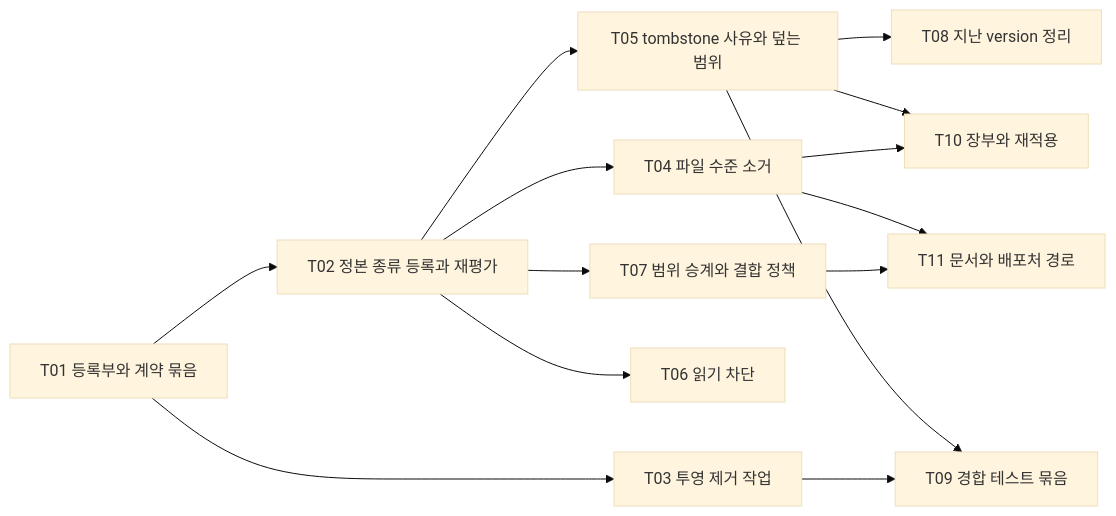
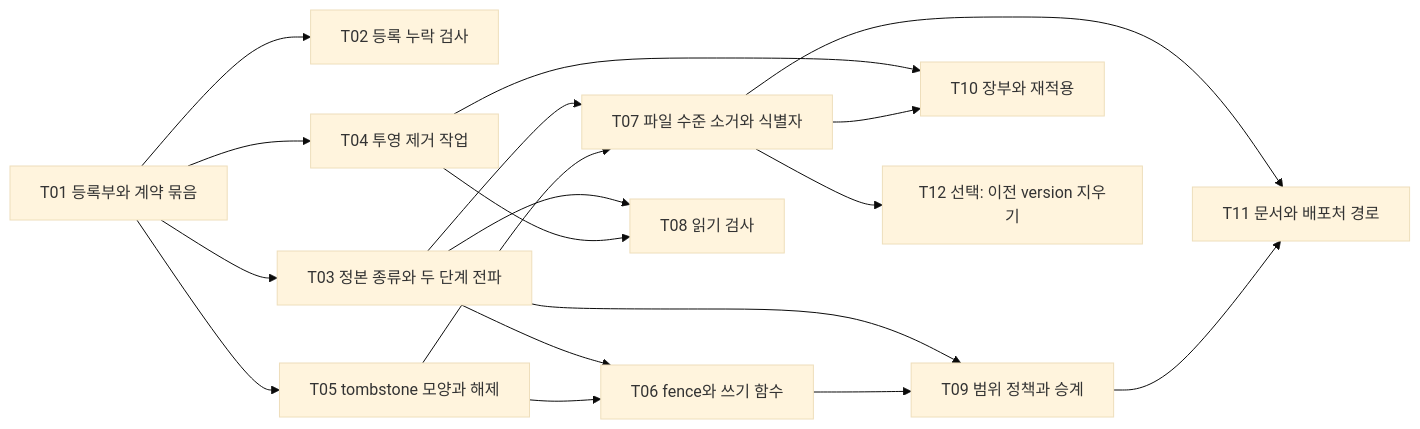
The third of 3 diagrams in docs/specs/2026-11-21-I04-invalidation.md (nohdol97/PKI), drawn with Mermaid (base theme) before and after one commit. The commit also changed other lines of this file, not shown here.

First line of the commit message:
docs(PKI): I04 spec 독립 검토 반영 — 두 단계 전파, fence, 식별자 소거, tombstone 모양

````diff
--- a/docs/specs/2026-11-21-I04-invalidation.md
+++ b/docs/specs/2026-11-21-I04-invalidation.md
@@ -281,16 +374,20 @@
 ```mermaid
 flowchart LR
-  T01["T01 등록부와 계약 묶음"] --> T02["T02 정본 종류 등록과 재평가"]
-  T01 --> T03["T03 투영 제거 작업"]
-  T02 --> T04["T04 파일 수준 소거"]
-  T02 --> T05["T05 tombstone 사유와 덮는 범위"]
-  T02 --> T06["T06 읽기 차단"]
-  T02 --> T07["T07 범위 승계와 결합 정책"]
-  T05 --> T08["T08 지난 version 정리"]
-  T03 --> T09["T09 경합 테스트 묶음"]
-  T05 --> T09
+  T01["T01 등록부와 계약 묶음"] --> T02["T02 등록 누락 검사"]
+  T01 --> T03["T03 정본 종류와 두 단계 전파"]
+  T01 --> T04["T04 투영 제거 작업"]
+  T01 --> T05["T05 tombstone 모양과 해제"]
+  T03 --> T06["T06 fence와 쓰기 함수"]
+  T05 --> T06
+  T03 --> T07["T07 파일 수준 소거와 식별자"]
+  T05 --> T07
+  T03 --> T08["T08 읽기 검사"]
+  T04 --> T08
+  T03 --> T09["T09 범위 정책과 승계"]
+  T06 --> T09
   T04 --> T10["T10 장부와 재적용"]
-  T05 --> T10
+  T07 --> T10
   T07 --> T11["T11 문서와 배포처 경로"]
-  T04 --> T11
+  T09 --> T11
+  T07 --> T12["T12 선택: 이전 version 지우기"]
 ```
````
